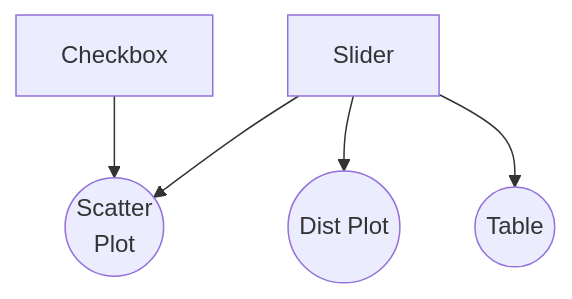
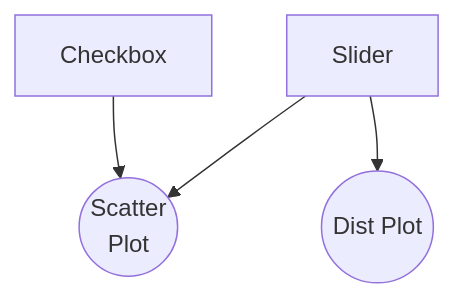
The seventh of 11 diagrams in slides/reactivity.qmd (posit-dev/py-shiny-workshop), drawn with Mermaid before and after one commit. The commit also changed other lines of this file and 6 other files, not shown here.

````diff
--- a/slides/reactivity.qmd
+++ b/slides/reactivity.qmd
@@ -173,9 +180,8 @@
 ```{mermaid}
 flowchart TD
   C[Checkbox] --> Sc((Scatter\nPlot))
-  Sl --> Sc 
+  Sl[Slider] --> Sc 
   Sl --> M((Dist Plot))
-  Sl[Slider] --> T((Table))
   
   classDef changed fill:#f96
 ```
````
